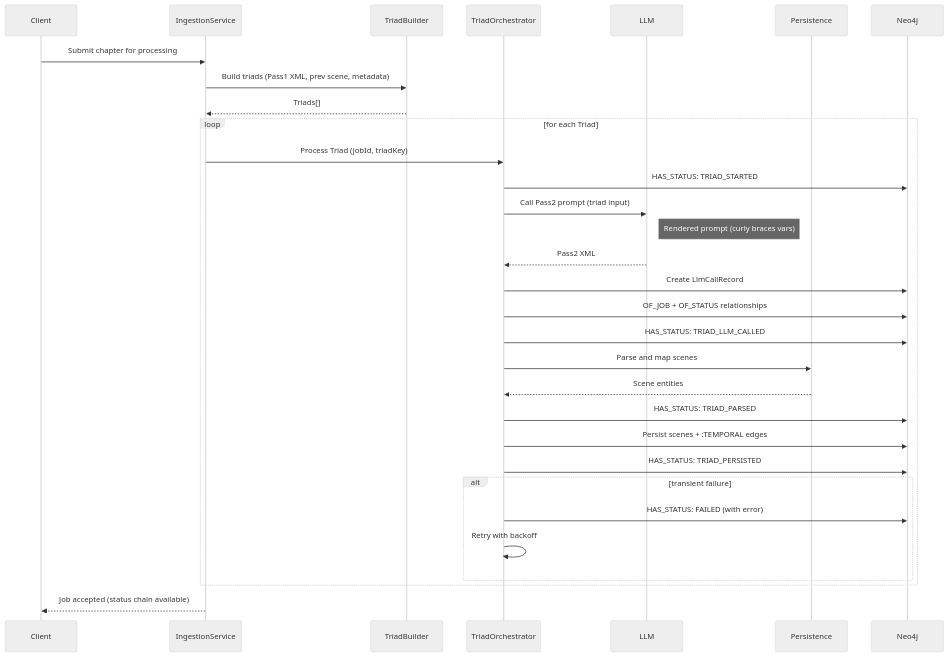
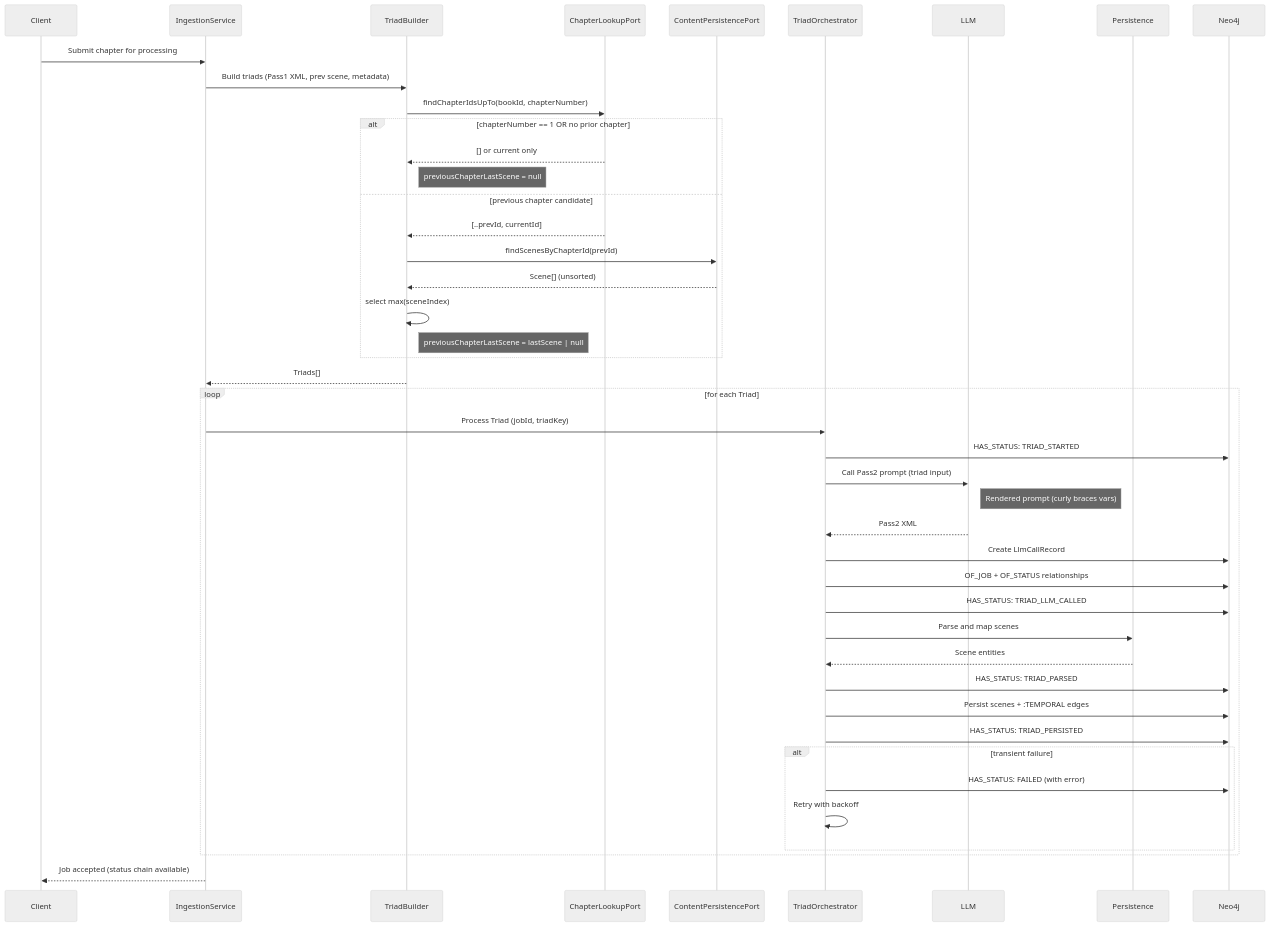
Before and after one commit to chaixdev/lorevault-kb: the first of 2 diagrams in docs/development/current/processes/triad-orchestration.md, drawn with Mermaid (neutral theme). The commit also changed other lines of this file and 5 other files, not shown here.

````diff
--- a/docs/development/current/processes/triad-orchestration.md
+++ b/docs/development/current/processes/triad-orchestration.md
@@ -30,34 +30,47 @@
 ```mermaid
 sequenceDiagram
    participant Client
    participant IngestionService
    participant TriadBuilder
+   participant ChapterLookupPort
+   participant ContentPort as ContentPersistencePort
    participant TriadOrchestrator
    participant LLM
    participant Persistence
    participant Neo4j
 
    Client->>IngestionService: Submit chapter for processing
    IngestionService->>TriadBuilder: Build triads (Pass1 XML, prev scene, metadata)
+   TriadBuilder->>ChapterLookupPort: findChapterIdsUpTo(bookId, chapterNumber)
+   alt chapterNumber == 1 OR no prior chapter
+      ChapterLookupPort-->>TriadBuilder: [] or current only
+      Note right of TriadBuilder: previousChapterLastScene = null
+   else previous chapter candidate
+      ChapterLookupPort-->>TriadBuilder: [..prevId, currentId]
+      TriadBuilder->>ContentPort: findScenesByChapterId(prevId)
+      ContentPort-->>TriadBuilder: Scene[] (unsorted)
+      TriadBuilder->>TriadBuilder: select max(sceneIndex)
+      Note right of TriadBuilder: previousChapterLastScene = lastScene | null
+   end
    TriadBuilder-->>IngestionService: Triads[]
    loop for each Triad
       IngestionService->>TriadOrchestrator: Process Triad (jobId, triadKey)
       TriadOrchestrator->>Neo4j: HAS_STATUS: TRIAD_STARTED
       TriadOrchestrator->>LLM: Call Pass2 prompt (triad input)
       Note right of LLM: Rendered prompt (curly braces vars)
       LLM-->>TriadOrchestrator: Pass2 XML
       TriadOrchestrator->>Neo4j: Create LlmCallRecord
       TriadOrchestrator->>Neo4j: OF_JOB + OF_STATUS relationships
       TriadOrchestrator->>Neo4j: HAS_STATUS: TRIAD_LLM_CALLED
       TriadOrchestrator->>Persistence: Parse and map scenes
       Persistence-->>TriadOrchestrator: Scene entities
       TriadOrchestrator->>Neo4j: HAS_STATUS: TRIAD_PARSED
       TriadOrchestrator->>Neo4j: Persist scenes + :TEMPORAL edges
       TriadOrchestrator->>Neo4j: HAS_STATUS: TRIAD_PERSISTED
       alt transient failure
          TriadOrchestrator->>Neo4j: HAS_STATUS: FAILED (with error)
          TriadOrchestrator->>TriadOrchestrator: Retry with backoff
       end
    end
    IngestionService-->>Client: Job accepted (status chain available)
 ```
````
